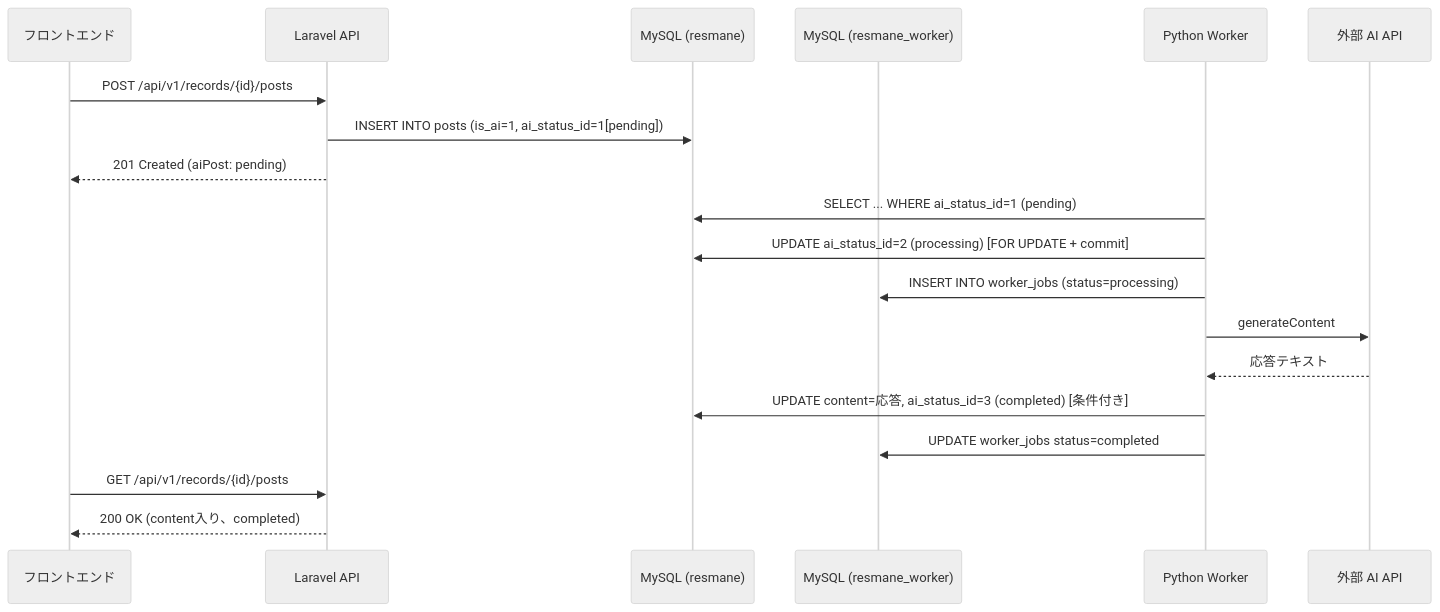
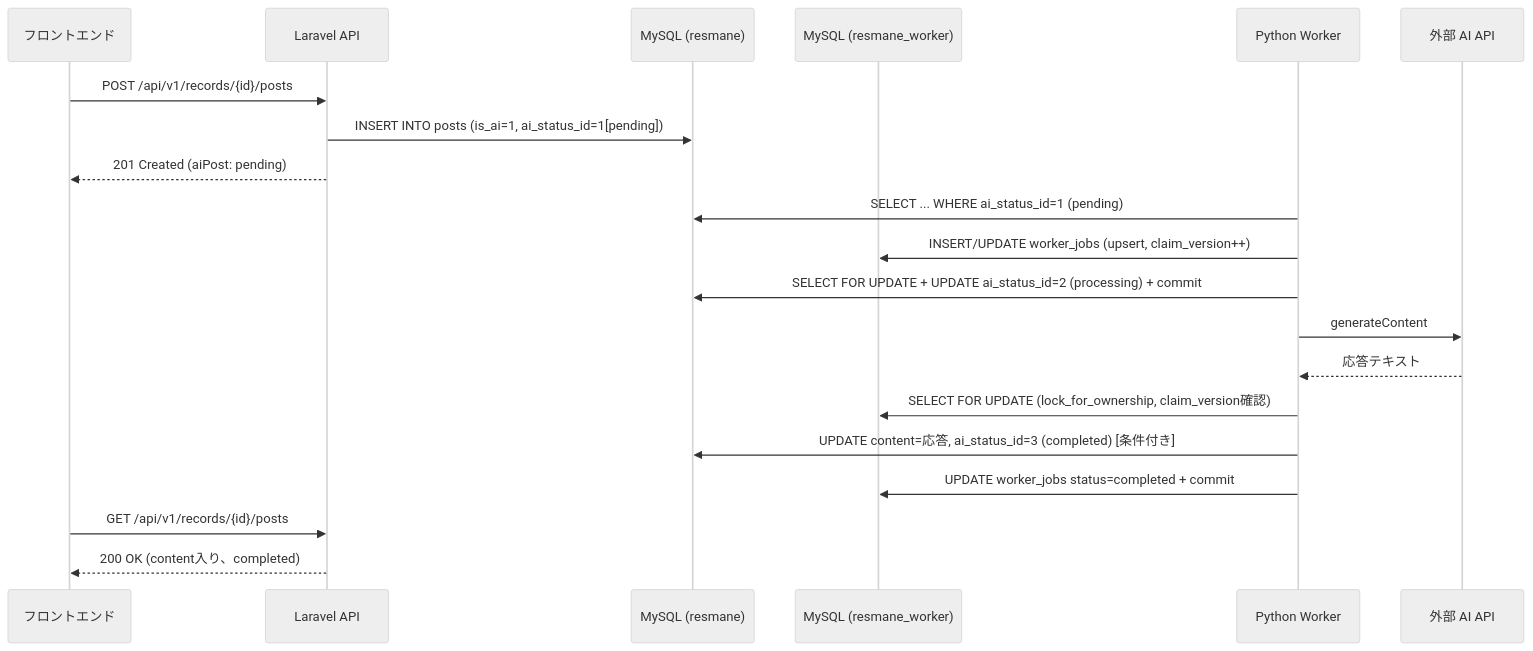
One commit to space-musicacct/resmane changed the first of 5 diagrams in docs/BG設計/BG設計書.md. Above: the diagram before and after it, drawn with Mermaid (neutral theme). The commit also changed other lines of this file, not shown here.

````diff
--- a/docs/BG設計/BG設計書.md
+++ b/docs/BG設計/BG設計書.md
@@ -49,24 +49,25 @@
 ```mermaid
 sequenceDiagram
     participant U as フロントエンド
     participant A as Laravel API
     participant DB as MySQL (resmane)
     participant WDB as MySQL (resmane_worker)
     participant W as Python Worker
     participant AI as 外部 AI API
 
     U->>A: POST /api/v1/records/{id}/posts
     A->>DB: INSERT INTO posts (is_ai=1, ai_status_id=1[pending])
     A-->>U: 201 Created (aiPost: pending)
 
     W->>DB: SELECT ... WHERE ai_status_id=1 (pending)
-    W->>DB: UPDATE ai_status_id=2 (processing) [FOR UPDATE + commit]
-    W->>WDB: INSERT INTO worker_jobs (status=processing)
+    W->>WDB: INSERT/UPDATE worker_jobs (upsert, claim_version++)
+    W->>DB: SELECT FOR UPDATE + UPDATE ai_status_id=2 (processing) + commit
     W->>AI: generateContent
     AI-->>W: 応答テキスト
+    W->>WDB: SELECT FOR UPDATE (lock_for_ownership, claim_version確認)
     W->>DB: UPDATE content=応答, ai_status_id=3 (completed) [条件付き]
-    W->>WDB: UPDATE worker_jobs status=completed
+    W->>WDB: UPDATE worker_jobs status=completed + commit
 
     U->>A: GET /api/v1/records/{id}/posts
     A-->>U: 200 OK (content入り、completed)
 ```
````
